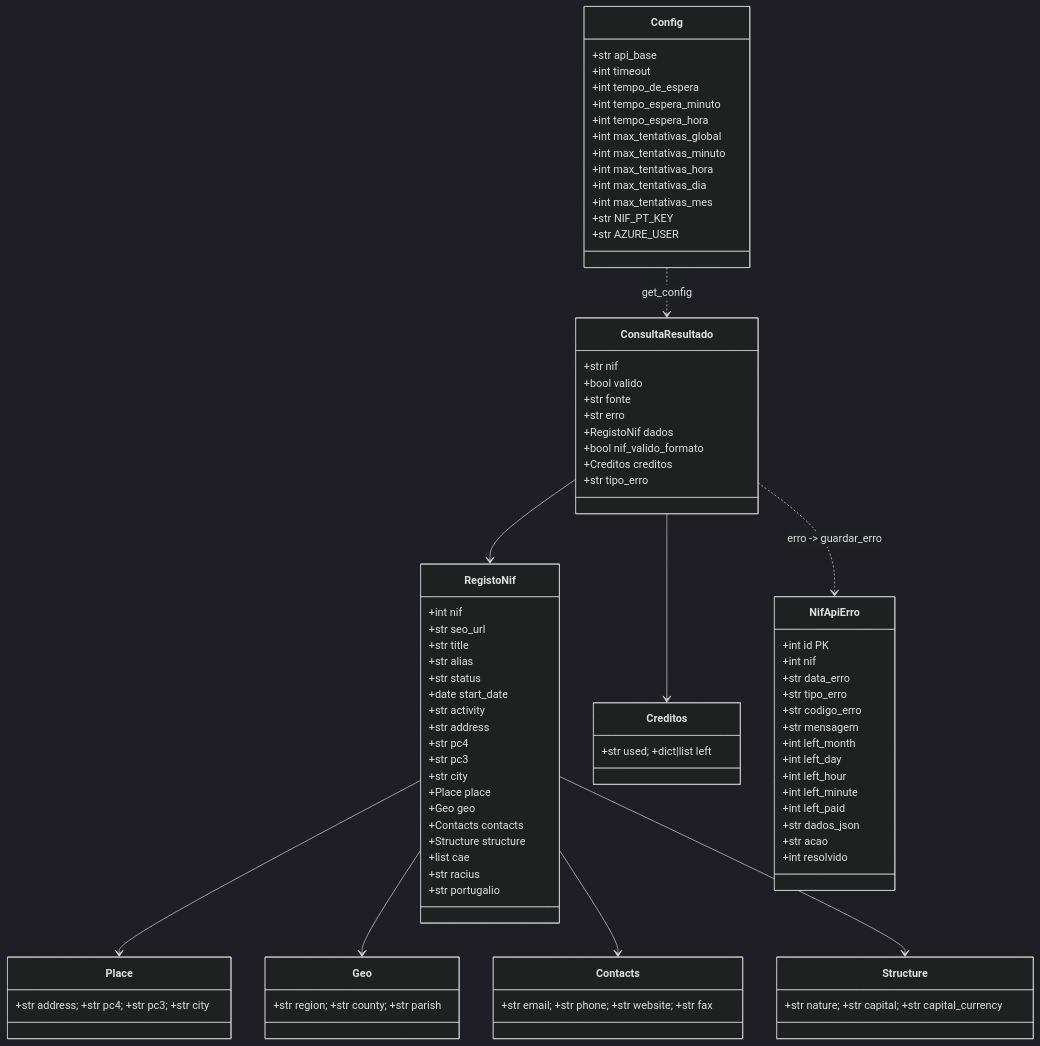
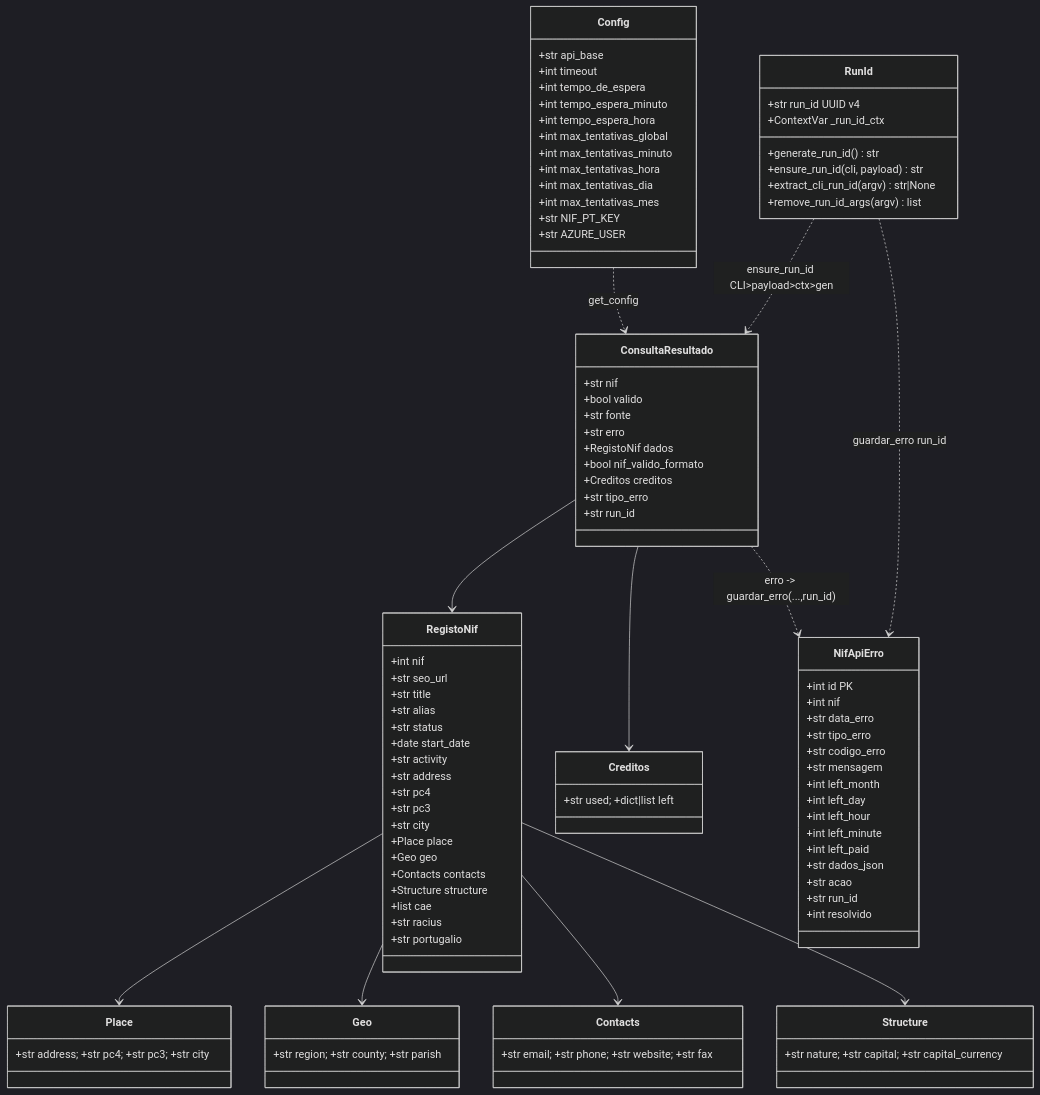
The fifth of 7 diagrams in docs/technical.md (nunoetome/nif-pt), drawn with Mermaid (dark theme) before and after one commit. The commit also changed other lines of this file and 13 other files, not shown here.

````diff
--- a/docs/technical.md
+++ b/docs/technical.md
@@ -189,6 +200,7 @@
         +bool nif_valido_formato
         +Creditos creditos
         +str tipo_erro
+        +str run_id
     }
     class RegistoNif {
         +int nif
@@ -229,7 +241,16 @@
         +int left_paid
         +str dados_json
         +str acao
+        +str run_id
         +int resolvido
+    }
+    class RunId {
+        +str run_id UUID v4
+        +generate_run_id() str
+        +ensure_run_id(cli, payload) str
+        +extract_cli_run_id(argv) str|None
+        +remove_run_id_args(argv) list
+        +ContextVar _run_id_ctx
     }
     class Config {
         +str api_base
@@ -251,6 +272,8 @@
     RegistoNif --> Contacts
     RegistoNif --> Structure
     ConsultaResultado --> Creditos
-    ConsultaResultado ..> NifApiErro : erro -> guardar_erro
+    ConsultaResultado ..> NifApiErro : erro -> guardar_erro(...,run_id)
     Config ..> ConsultaResultado : get_config
+    RunId ..> ConsultaResultado : ensure_run_id CLI>payload>ctx>gen
+    RunId ..> NifApiErro : guardar_erro run_id
 ```
````
